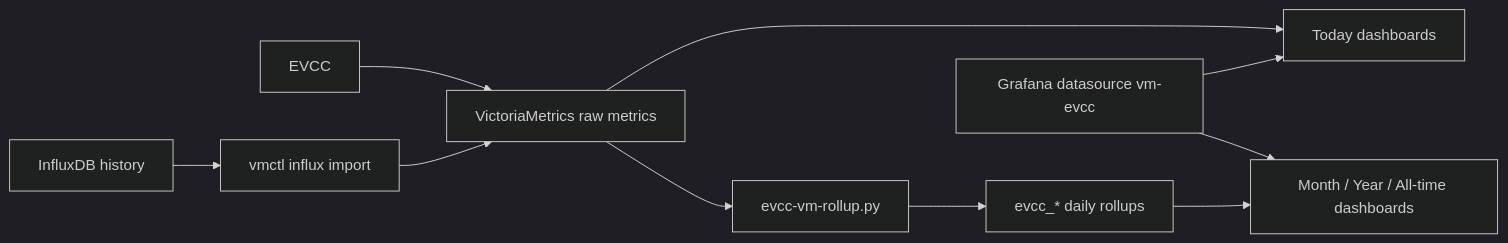
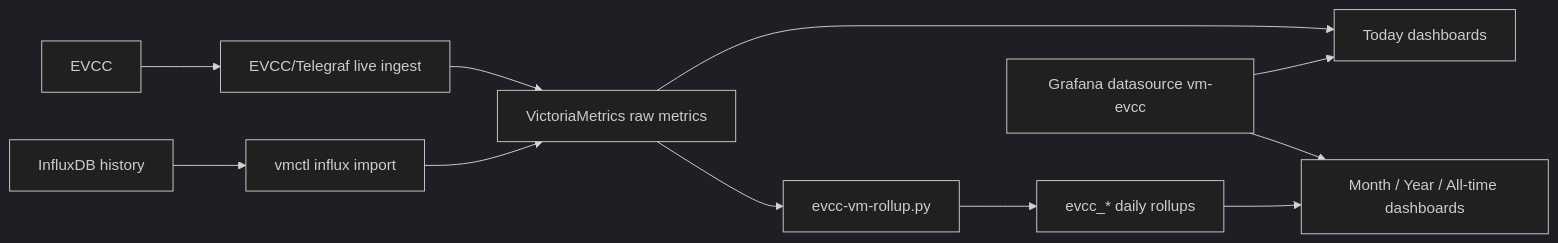
The diagram in docs/README_EN.md (endurance1968/evcc-grafana-dashboards), drawn with Mermaid (dark theme) before and after one commit. The commit also changed other lines of this file and 25 other files, not shown here.

Commit message:
docs: add EVCC Telegraf live ingest guide

````diff
--- a/docs/README_EN.md
+++ b/docs/README_EN.md
@@ -46,11 +49,11 @@
 ```mermaid
 flowchart LR
-  EVCC["EVCC"] --> Raw["VictoriaMetrics raw metrics"]
+  EVCC["EVCC"] --> Ingest["EVCC/Telegraf live ingest"] --> Raw["VictoriaMetrics raw metrics"]
   Influx["InfluxDB history"] --> Import["vmctl influx import"] --> Raw
   Raw --> Today["Today dashboards"]
   Raw --> Rollup["evcc-vm-rollup.py"]
   Rollup --> Daily["evcc_* daily rollups"]
   Daily --> LongRange["Month / Year / All-time dashboards"]
   Grafana["Grafana datasource vm-evcc"] --> Today
   Grafana --> LongRange
 ```
````
